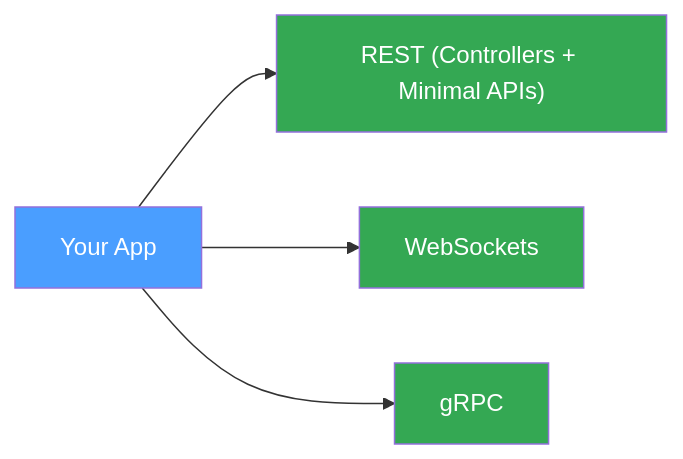
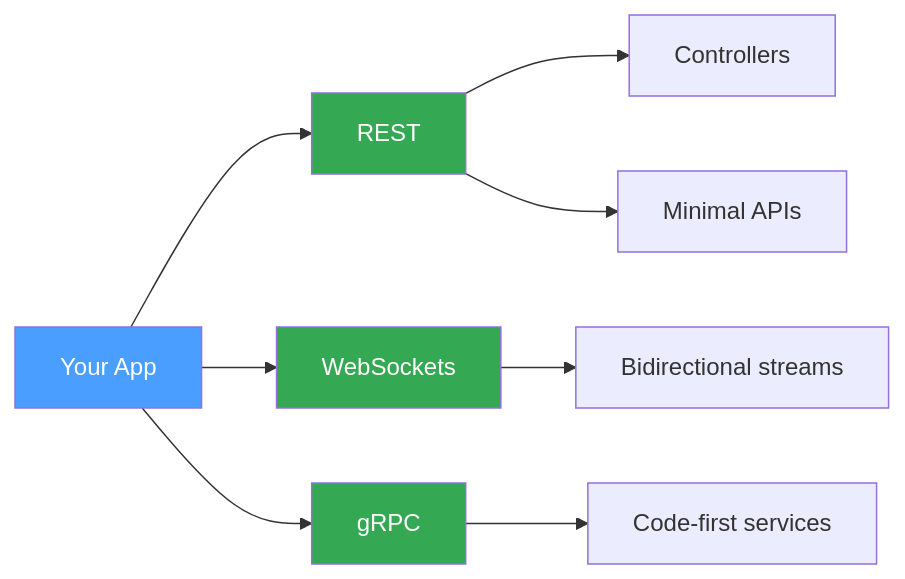
The diagram in Writerside/topics/simple_setup.md (IsMikeTaken/ProtobuffEncoder), drawn with Mermaid before and after one commit. The commit also changed other lines of this file and 28 other files, not shown here.

````diff
--- a/Writerside/topics/simple_setup.md
+++ b/Writerside/topics/simple_setup.md
@@ -7,11 +7,16 @@
 ```mermaid
 flowchart LR
-    A["Your App"] --> B["REST (Controllers + Minimal APIs)"]
+    A["Your App"] --> B["REST"]
     A --> C["WebSockets"]
     A --> D["gRPC"]
+
+    B --> B1["Controllers"]
+    B --> B2["Minimal APIs"]
+    C --> C1["Bidirectional streams"]
+    D --> D1["Code-first services"]
 
     style A fill:#4a9eff,color:#fff
     style B fill:#34a853,color:#fff
     style C fill:#34a853,color:#fff
     style D fill:#34a853,color:#fff
 ```
````
